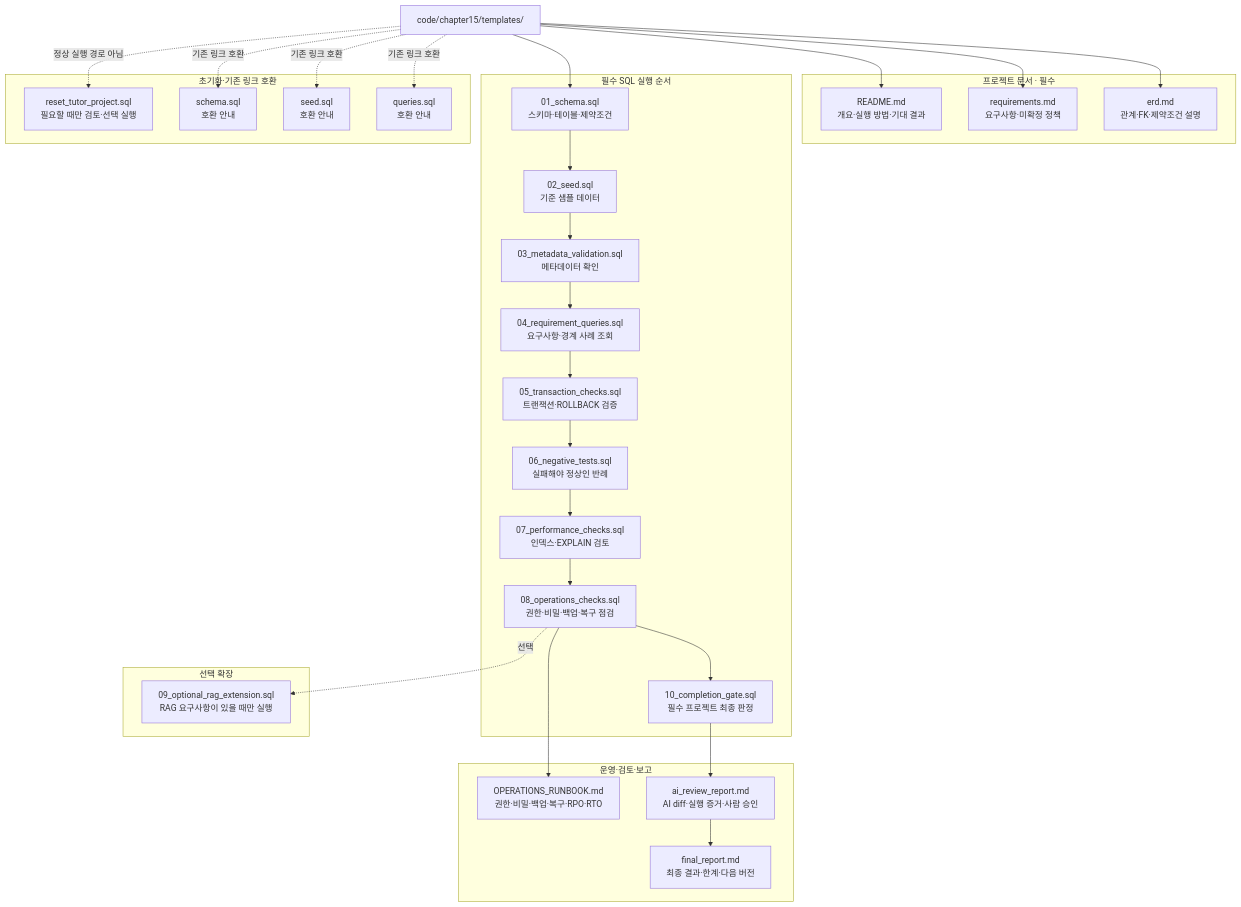
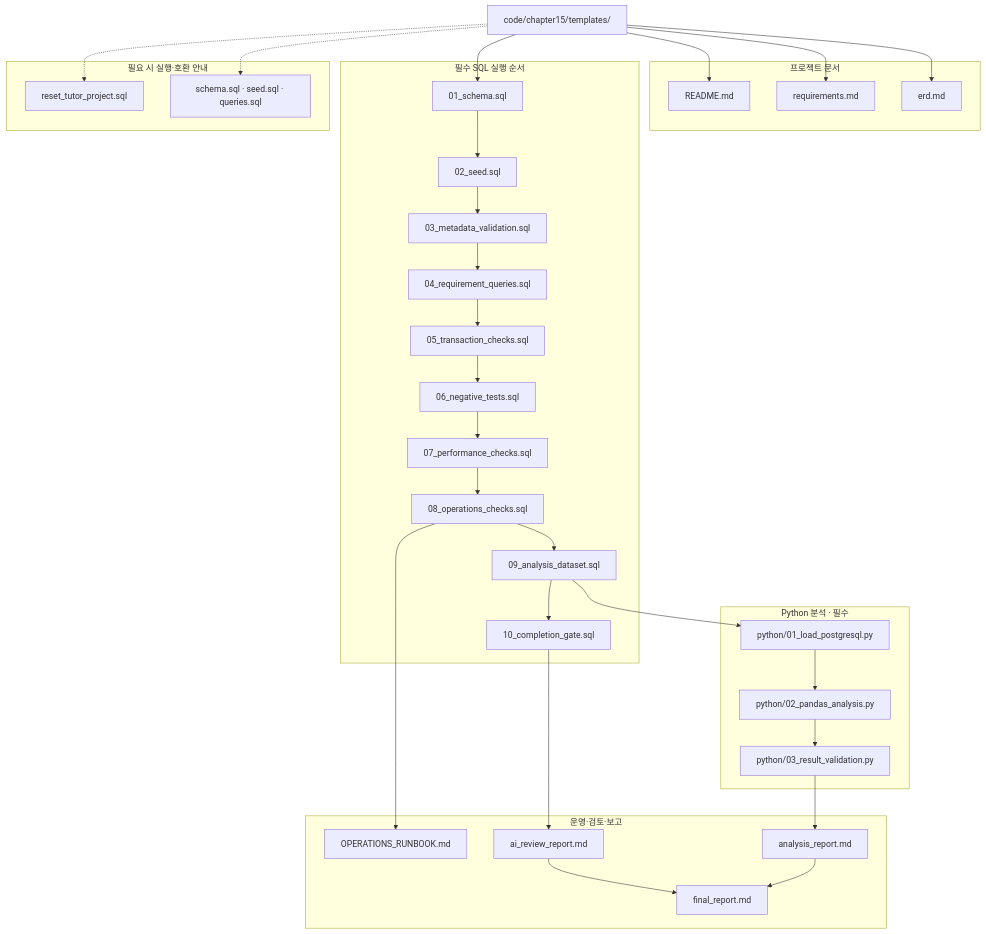
One commit to GilbertMoon/ai-database-book changed the diagram in images/chapter15/ch15_03_project_structure.mmd. Above: the diagram before and after it, drawn with Mermaid.

Commit message:
Update Chapter 15 project structure for analysis files

```diff
--- a/images/chapter15/ch15_03_project_structure.mmd
+++ b/images/chapter15/ch15_03_project_structure.mmd
@@ -1,53 +1,49 @@
 flowchart TB
     ROOT["code/chapter15/templates/"]
 
-    subgraph DOCS["프로젝트 문서 · 필수"]
-        README["README.md<br/>개요·실행 방법·기대 결과"]
-        REQUIREMENTS["requirements.md<br/>요구사항·미확정 정책"]
-        ERD["erd.md<br/>관계·FK·제약조건 설명"]
+    subgraph DOCS["프로젝트 문서"]
+        README["README.md"]
+        REQUIREMENTS["requirements.md"]
+        ERD["erd.md"]
     end
 
     subgraph REQUIRED["필수 SQL 실행 순서"]
-        S01["01_schema.sql<br/>스키마·테이블·제약조건"]
-        S02["02_seed.sql<br/>기준 샘플 데이터"]
-        S03["03_metadata_validation.sql<br/>메타데이터 확인"]
-        S04["04_requirement_queries.sql<br/>요구사항·경계 사례 조회"]
-        S05["05_transaction_checks.sql<br/>트랜잭션·ROLLBACK 검증"]
-        S06["06_negative_tests.sql<br/>실패해야 정상인 반례"]
-        S07["07_performance_checks.sql<br/>인덱스·EXPLAIN 검토"]
-        S08["08_operations_checks.sql<br/>권한·비밀·백업·복구 점검"]
-        S10["10_completion_gate.sql<br/>필수 프로젝트 최종 판정"]
-
-        S01 --> S02 --> S03 --> S04 --> S05 --> S06 --> S07 --> S08 --> S10
+        S01["01_schema.sql"] --> S02["02_seed.sql"]
+        S02 --> S03["03_metadata_validation.sql"]
+        S03 --> S04["04_requirement_queries.sql"]
+        S04 --> S05["05_transaction_checks.sql"]
+        S05 --> S06["06_negative_tests.sql"]
+        S06 --> S07["07_performance_checks.sql"]
+        S07 --> S08["08_operations_checks.sql"]
+        S08 --> S09["09_analysis_dataset.sql"]
+        S09 --> S10["10_completion_gate.sql"]
     end
 
-    subgraph OPTIONAL["선택 확장"]
-        S09["09_optional_rag_extension.sql<br/>RAG 요구사항이 있을 때만 실행"]
+    subgraph PYTHON["Python 분석 · 필수"]
+        P1["python/01_load_postgresql.py"] --> P2["python/02_pandas_analysis.py"]
+        P2 --> P3["python/03_result_validation.py"]
     end
 
     subgraph REPORTS["운영·검토·보고"]
-        RUNBOOK["OPERATIONS_RUNBOOK.md<br/>권한·비밀·백업·복구·RPO·RTO"]
-        AI_REPORT["ai_review_report.md<br/>AI diff·실행 증거·사람 승인"]
-        FINAL_REPORT["final_report.md<br/>최종 결과·한계·다음 버전"]
+        RUNBOOK["OPERATIONS_RUNBOOK.md"]
+        AI_REPORT["ai_review_report.md"]
+        ANALYSIS_REPORT["analysis_report.md"]
+        FINAL_REPORT["final_report.md"]
     end
 
-    subgraph SUPPORT["초기화·기존 링크 호환"]
-        RESET["reset_tutor_project.sql<br/>필요할 때만 검토·선택 실행"]
-        LEGACY_SCHEMA["schema.sql<br/>호환 안내"]
-        LEGACY_SEED["seed.sql<br/>호환 안내"]
-        LEGACY_QUERIES["queries.sql<br/>호환 안내"]
+    subgraph SUPPORT["필요 시 실행·호환 안내"]
+        RESET["reset_tutor_project.sql"]
+        LEGACY["schema.sql · seed.sql · queries.sql"]
     end
 
     ROOT --> README
     ROOT --> REQUIREMENTS
     ROOT --> ERD
     ROOT --> S01
-
-    S08 -. "선택" .-> S09
+    S09 --> P1
+    P3 --> ANALYSIS_REPORT
     S08 --> RUNBOOK
     S10 --> AI_REPORT --> FINAL_REPORT
-
-    ROOT -. "정상 실행 경로 아님" .-> RESET
-    ROOT -. "기존 링크 호환" .-> LEGACY_SCHEMA
-    ROOT -. "기존 링크 호환" .-> LEGACY_SEED
-    ROOT -. "기존 링크 호환" .-> LEGACY_QUERIES
+    ANALYSIS_REPORT --> FINAL_REPORT
+    ROOT -.-> RESET
+    ROOT -.-> LEGACY
```
